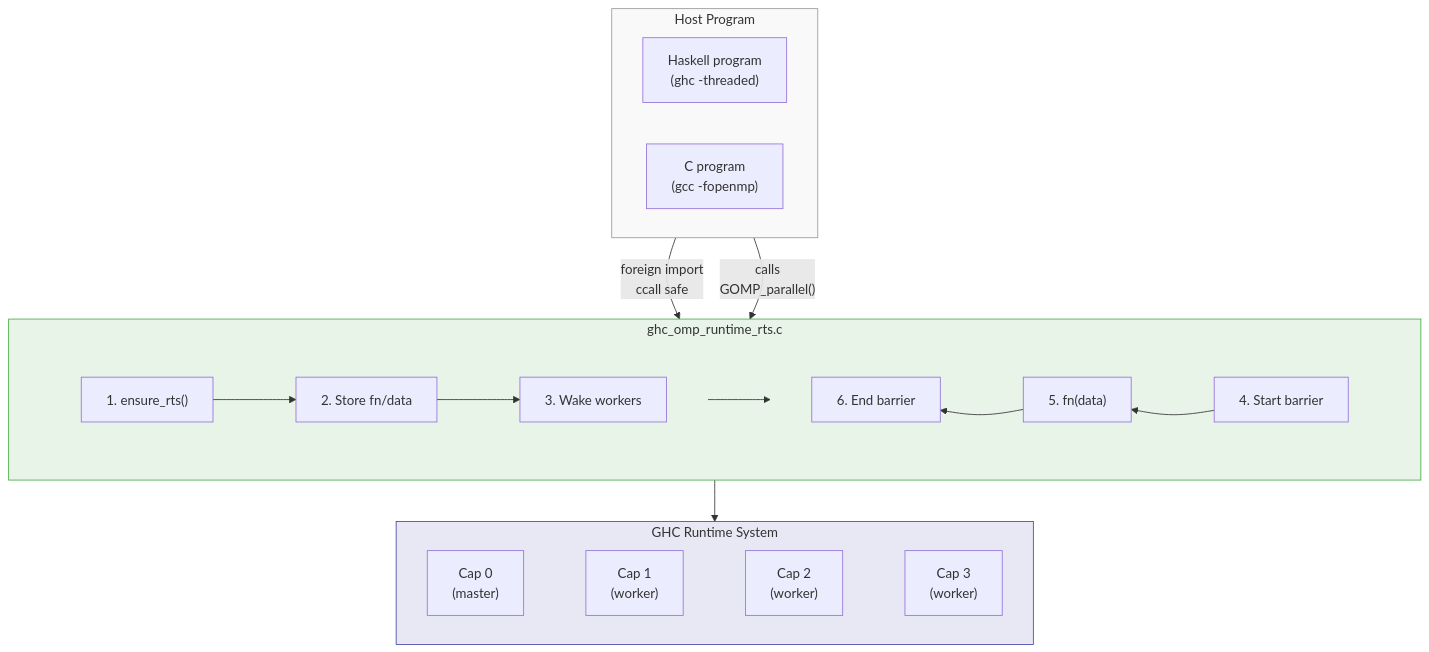
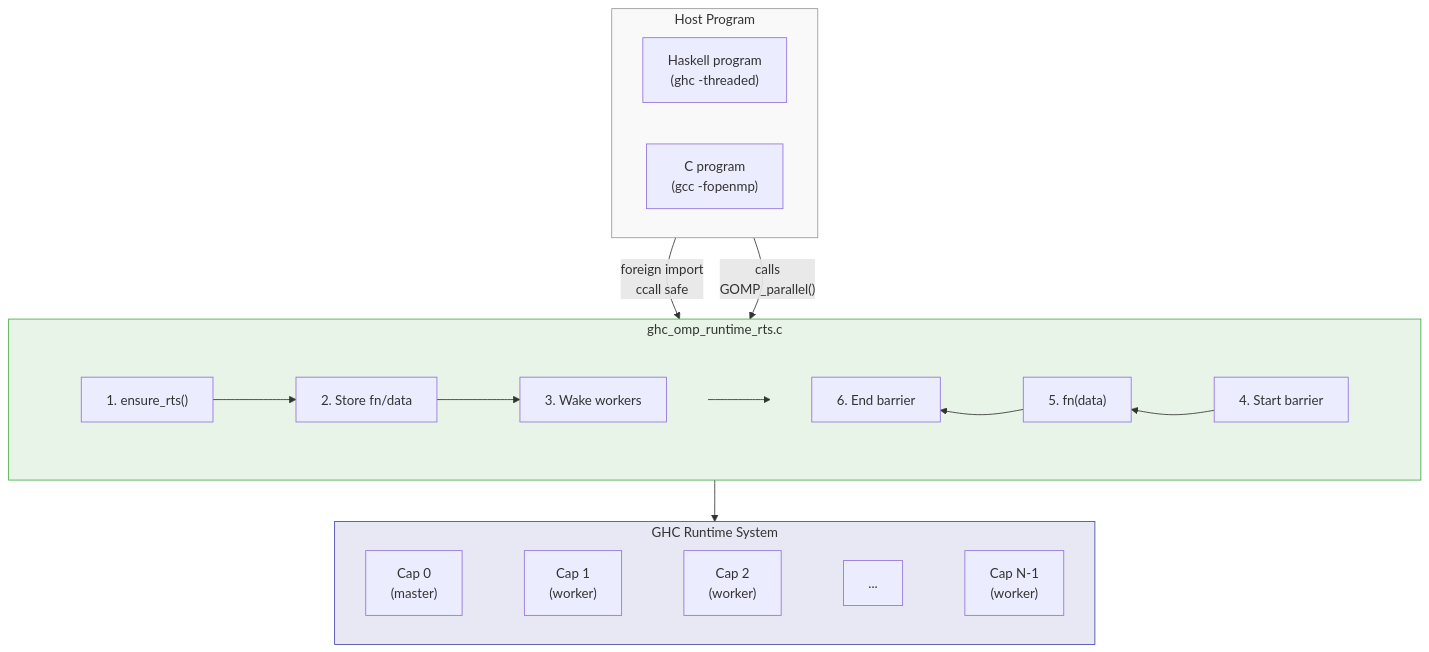
The first of 6 diagrams in index.md (jhhuh/ghc-openmp), drawn with Mermaid before and after one commit. The commit also changed other lines of this file and 53 other files, not shown here.

```diff
--- a/index.md
+++ b/index.md
@@ -153,36 +153,36 @@
 <pre class="mermaid">
 flowchart TD
     subgraph Host["Host Program"]
         direction LR
         HS["Haskell program<br/>(ghc -threaded)"]
         CP["C program<br/>(gcc -fopenmp)"]
     end
 
     HS -->|"foreign import<br/>ccall safe"| RT
     CP -->|"calls<br/>GOMP_parallel()"| RT
 
     subgraph RT["ghc_omp_runtime_rts.c"]
         subgraph r1[" "]
             direction LR
             E["1. ensure_rts()"] --> D["2. Store fn/data"] --> W["3. Wake workers"]
         end
         subgraph r2[" "]
             direction LR
             EB["6. End barrier"] ~~~ FN["5. fn(data)"] ~~~ SB["4. Start barrier"]
         end
         W --> SB --> FN --> EB
     end
 
     RT --> RTS
 
     subgraph RTS["GHC Runtime System"]
         direction LR
-        C0["Cap 0<br/>(master)"] ~~~ C1["Cap 1<br/>(worker)"] ~~~ C2["Cap 2<br/>(worker)"] ~~~ C3["Cap 3<br/>(worker)"]
+        C0["Cap 0<br/>(master)"] ~~~ C1["Cap 1<br/>(worker)"] ~~~ C2["Cap 2<br/>(worker)"] ~~~ CD["..."] ~~~ CN["Cap N-1<br/>(worker)"]
     end
 
     style Host fill:#f9f9f9,stroke:#999
     style RT fill:#e8f4e8,stroke:#4a4
     style RTS fill:#e8e8f4,stroke:#44a
     style r1 fill:none,stroke:none
     style r2 fill:none,stroke:none
 </pre>
```
